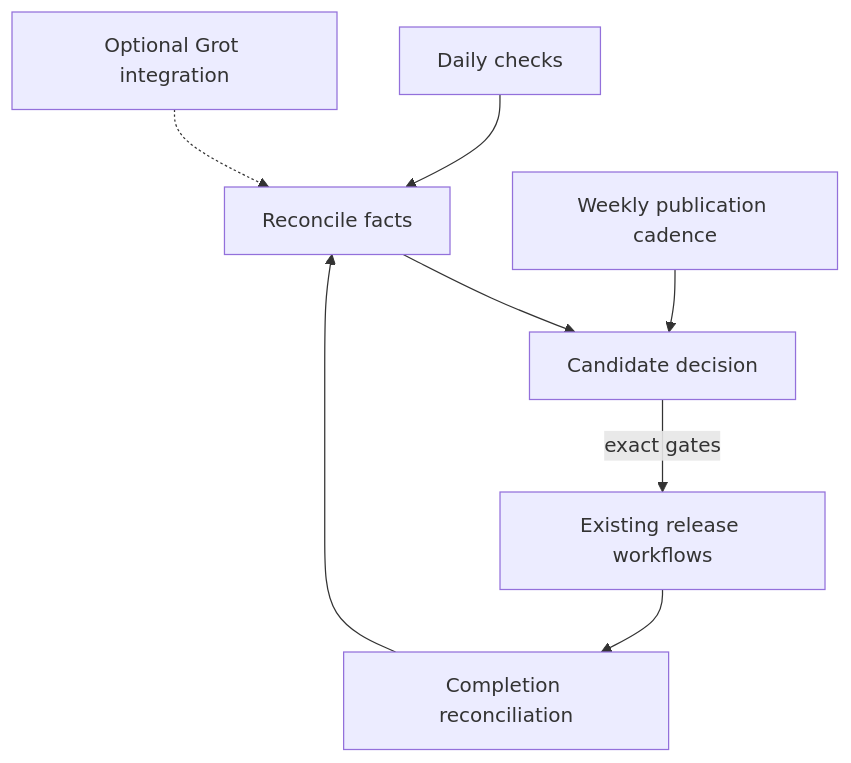
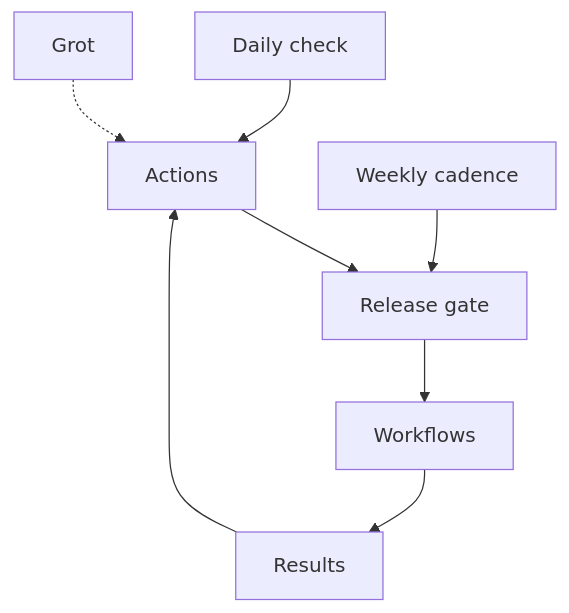
Before and after one commit to grafana/beyla: the second of 2 diagrams in scripts/release-reconciliation/README.md, drawn with Mermaid.

Commit message:
docs: shorten release architecture diagram labels

````diff
--- a/scripts/release-reconciliation/README.md
+++ b/scripts/release-reconciliation/README.md
@@ -42,10 +42,10 @@
 ```mermaid
 flowchart TD
-    A[Daily checks] --> B[Reconcile facts]
-    B --> C[Candidate decision]
-    C -->|exact gates| D[Existing release workflows]
-    D --> E[Completion reconciliation]
+    A[Daily check] --> B[Actions]
+    B --> C[Release gate]
+    C --> D[Workflows]
+    D --> E[Results]
     E --> B
-    F[Weekly publication cadence] --> C
-    G[Optional Grot integration] -.-> B
+    F[Weekly cadence] --> C
+    G[Grot] -.-> B
 ```
````
